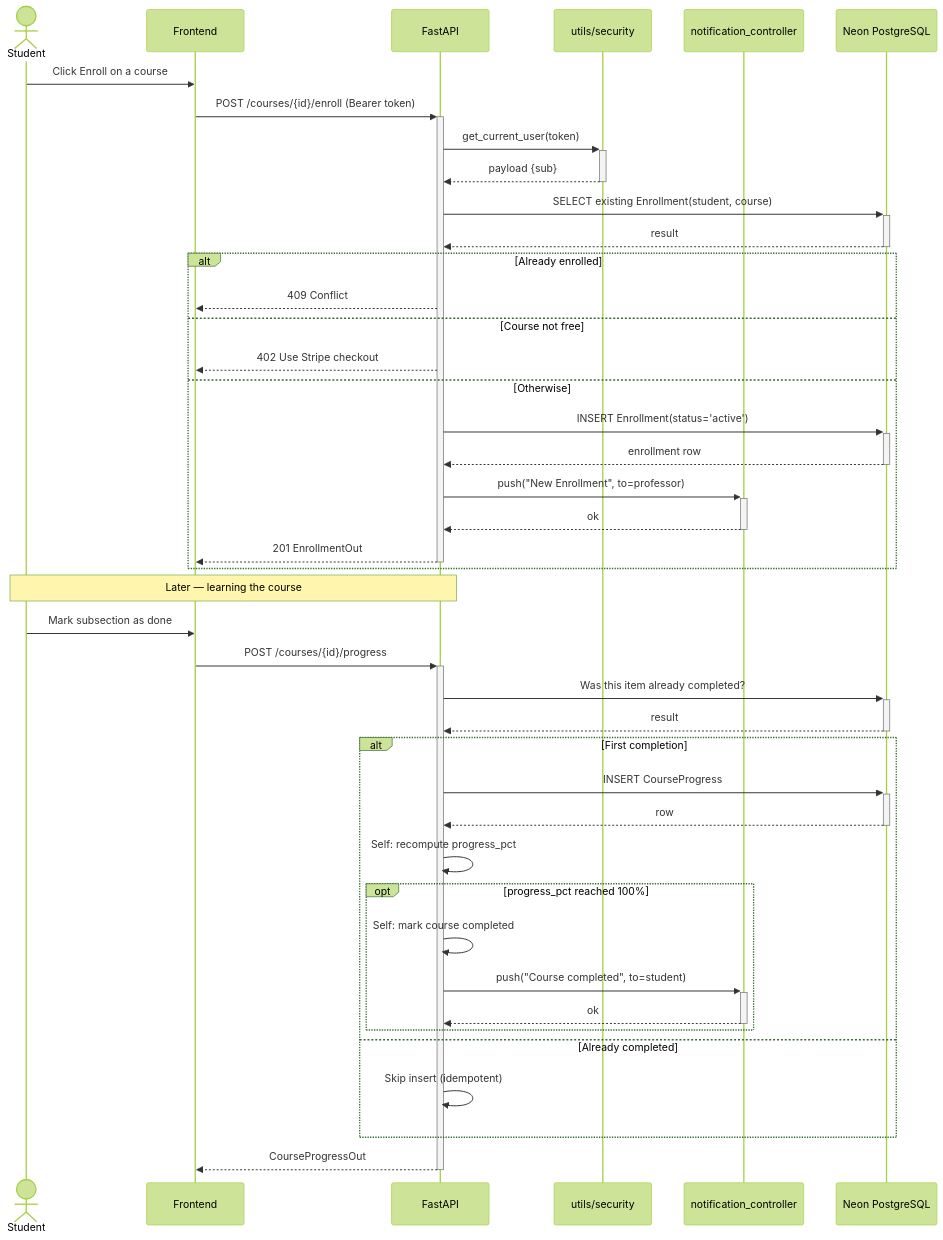
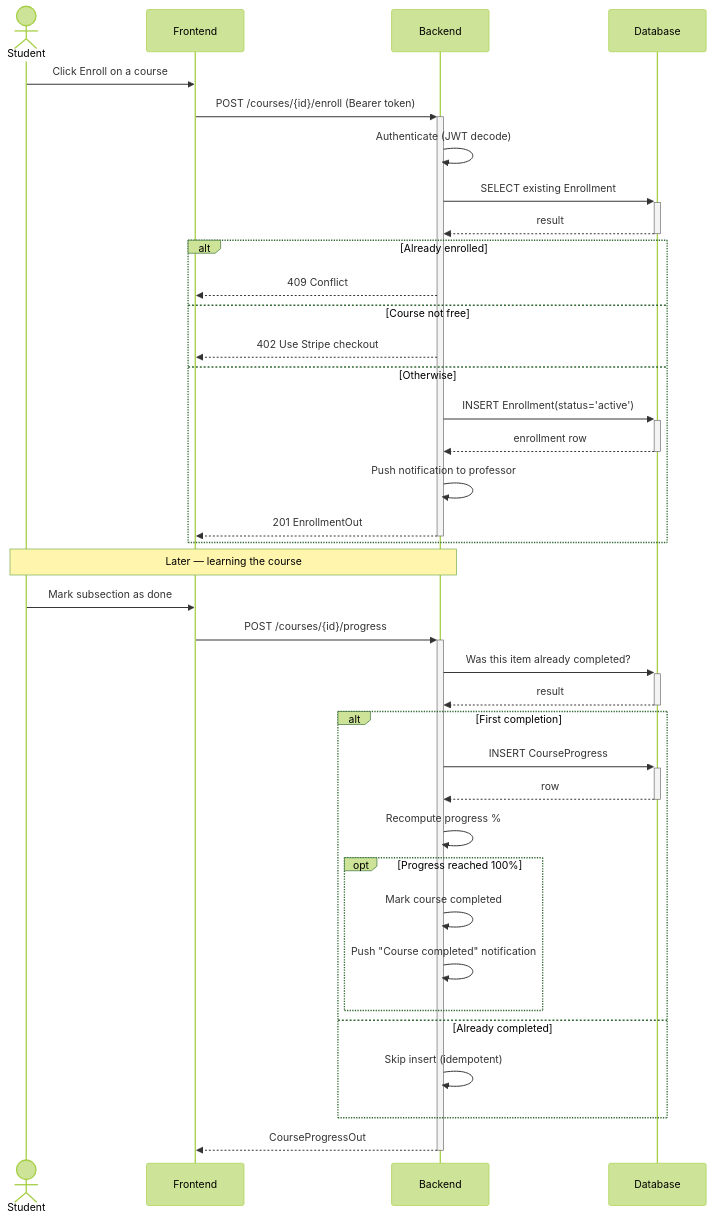
The fifth of 5 diagrams in docs/sprints/SPRINT_2.md (yazidha09/Hub4Learners), drawn with Mermaid (forest theme) before and after one commit. The commit also changed other lines of this file and 5 other files, not shown here.

````diff
--- a/docs/sprints/SPRINT_2.md
+++ b/docs/sprints/SPRINT_2.md
@@ -203,47 +198,42 @@
 ```mermaid
 sequenceDiagram
     actor Student
     participant Frontend
-    participant API as FastAPI
-    participant Sec as utils/security
-    participant Notif as notification_controller
-    participant DB as Neon PostgreSQL
+    participant Backend
+    participant DB as Database
 
     Student->>Frontend: Click Enroll on a course
-    Frontend->>+API: POST /courses/{id}/enroll (Bearer token)
-    API->>+Sec: get_current_user(token)
-    Sec-->>-API: payload {sub}
-    API->>+DB: SELECT existing Enrollment(student, course)
-    DB-->>-API: result
+    Frontend->>+Backend: POST /courses/{id}/enroll (Bearer token)
+    Backend->>Backend: Authenticate (JWT decode)
+    Backend->>+DB: SELECT existing Enrollment
+    DB-->>-Backend: result
     alt Already enrolled
-        API-->>Frontend: 409 Conflict
+        Backend-->>Frontend: 409 Conflict
     else Course not free
-        API-->>Frontend: 402 Use Stripe checkout
+        Backend-->>Frontend: 402 Use Stripe checkout
     else Otherwise
-        API->>+DB: INSERT Enrollment(status='active')
-        DB-->>-API: enrollment row
-        API->>+Notif: push("New Enrollment", to=professor)
-        Notif-->>-API: ok
-        API-->>-Frontend: 201 EnrollmentOut
+        Backend->>+DB: INSERT Enrollment(status='active')
+        DB-->>-Backend: enrollment row
+        Backend->>Backend: Push notification to professor
+        Backend-->>-Frontend: 201 EnrollmentOut
     end
 
-    Note over Student,API: Later — learning the course
+    Note over Student,Backend: Later — learning the course
 
     Student->>Frontend: Mark subsection as done
-    Frontend->>+API: POST /courses/{id}/progress
-    API->>+DB: Was this item already completed?
-    DB-->>-API: result
+    Frontend->>+Backend: POST /courses/{id}/progress
+    Backend->>+DB: Was this item already completed?
+    DB-->>-Backend: result
     alt First completion
-        API->>+DB: INSERT CourseProgress
-        DB-->>-API: row
-        API->>API: Self: recompute progress_pct
-        opt progress_pct reached 100%
-            API->>API: Self: mark course completed
-            API->>+Notif: push("Course completed", to=student)
-            Notif-->>-API: ok
+        Backend->>+DB: INSERT CourseProgress
+        DB-->>-Backend: row
+        Backend->>Backend: Recompute progress %
+        opt Progress reached 100%
+            Backend->>Backend: Mark course completed
+            Backend->>Backend: Push "Course completed" notification
         end
     else Already completed
-        API->>API: Skip insert (idempotent)
+        Backend->>Backend: Skip insert (idempotent)
     end
-    API-->>-Frontend: CourseProgressOut
+    Backend-->>-Frontend: CourseProgressOut
 ```
````
